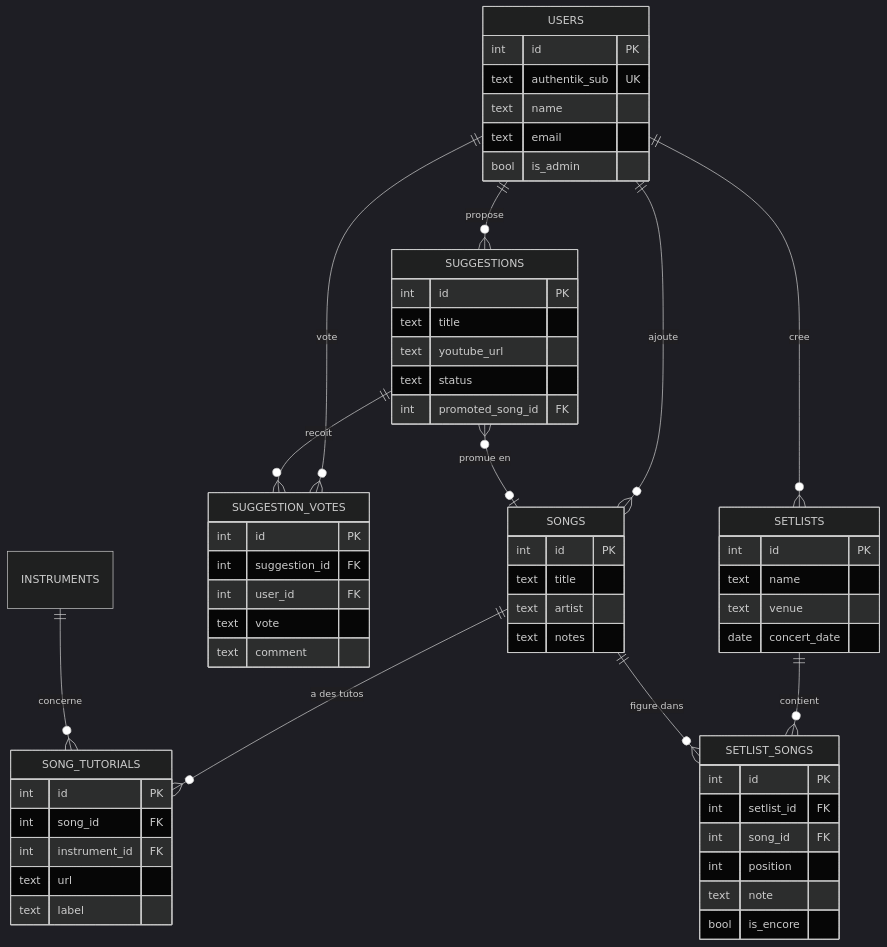
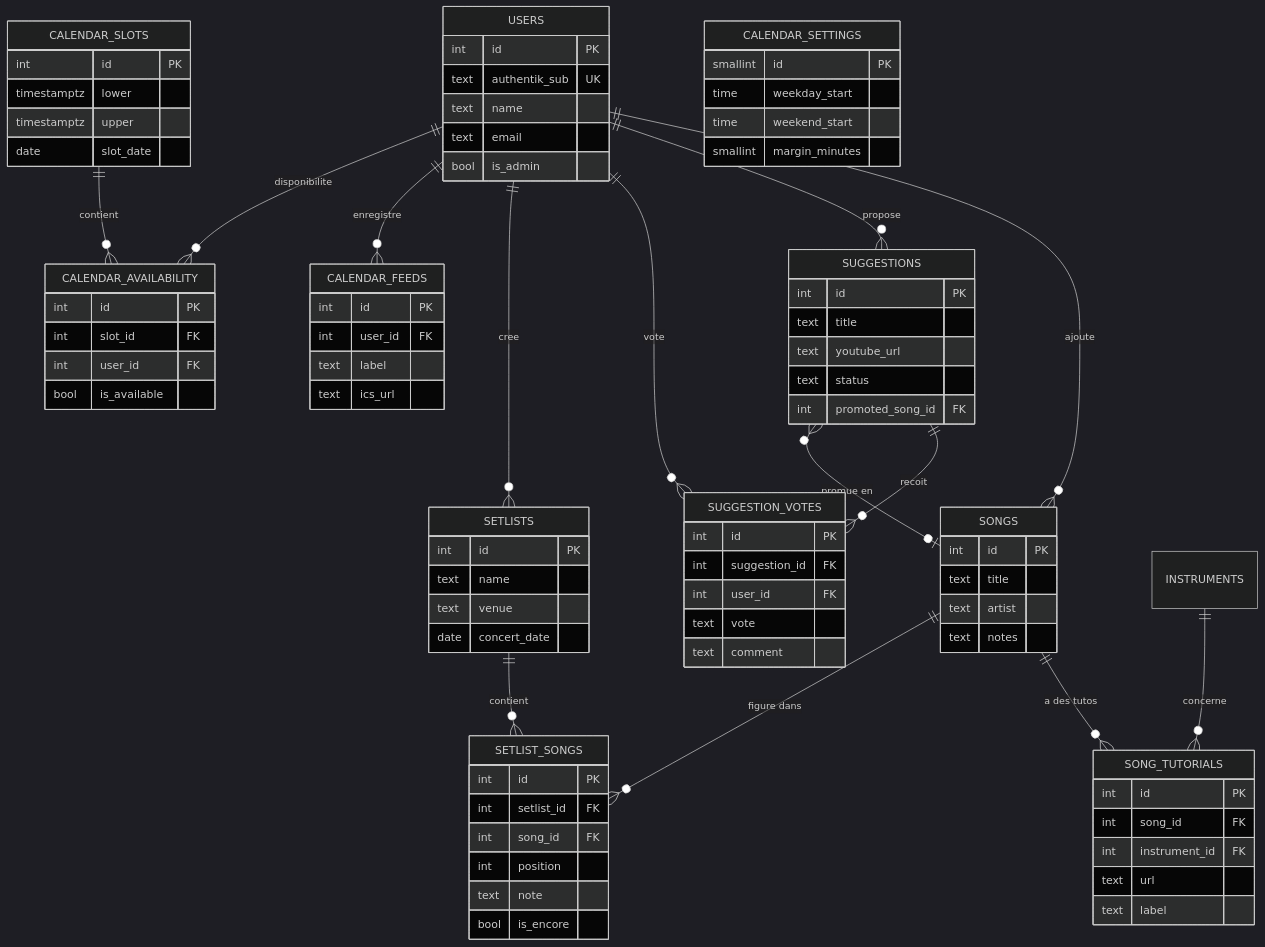
One commit to nfonteyne/octane-website changed the second of 3 diagrams in README.md. Above: the diagram before and after it, drawn with Mermaid (dark theme). The commit also changed other lines of this file, not shown here.

Commit message:
update: readme

````diff
--- a/README.md
+++ b/README.md
@@ -182,6 +182,9 @@
     SUGGESTIONS }o--o| SONGS : "promue en"
     SETLISTS ||--o{ SETLIST_SONGS : "contient"
     SONGS ||--o{ SETLIST_SONGS : "figure dans"
+    USERS ||--o{ CALENDAR_FEEDS : "enregistre"
+    USERS ||--o{ CALENDAR_AVAILABILITY : "disponibilite"
+    CALENDAR_SLOTS ||--o{ CALENDAR_AVAILABILITY : "contient"
 
     USERS {
         int id PK
@@ -231,4 +234,28 @@
         text note
         bool is_encore
     }
+    CALENDAR_FEEDS {
+        int id PK
+        int user_id FK
+        text label
+        text ics_url
+    }
+    CALENDAR_SLOTS {
+        int id PK
+        timestamptz lower
+        timestamptz upper
+        date slot_date
+    }
+    CALENDAR_AVAILABILITY {
+        int id PK
+        int slot_id FK
+        int user_id FK
+        bool is_available
+    }
+    CALENDAR_SETTINGS {
+        smallint id PK
+        time weekday_start
+        time weekend_start
+        smallint margin_minutes
+    }
 ```
````
